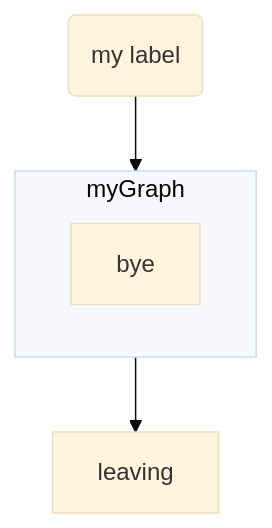
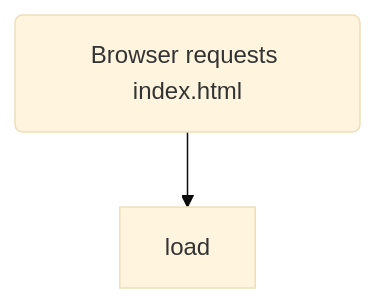
Before and after one commit to concord-consortium/collaborative-learning: the diagram in docs/mermaid-test.md, drawn with Mermaid (base theme).

Commit message:
line by line approach

````diff
--- a/docs/mermaid-test.md
+++ b/docs/mermaid-test.md
@@ -1,10 +1,5 @@
 ```mermaid
 flowchart TD
-  hello(my label)
-  subgraph myGraph
-    bye
-  end
-  leaving
-  hello --> myGraph
-  myGraph --> leaving
+  req(Browser requests index.html)
+  req --> load
 ```
````
